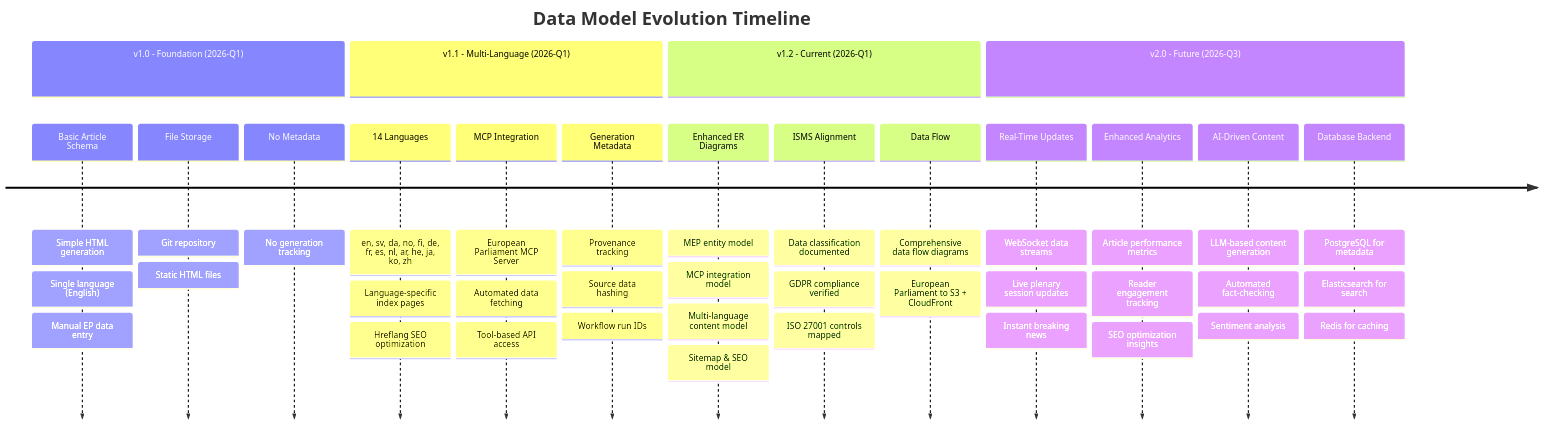
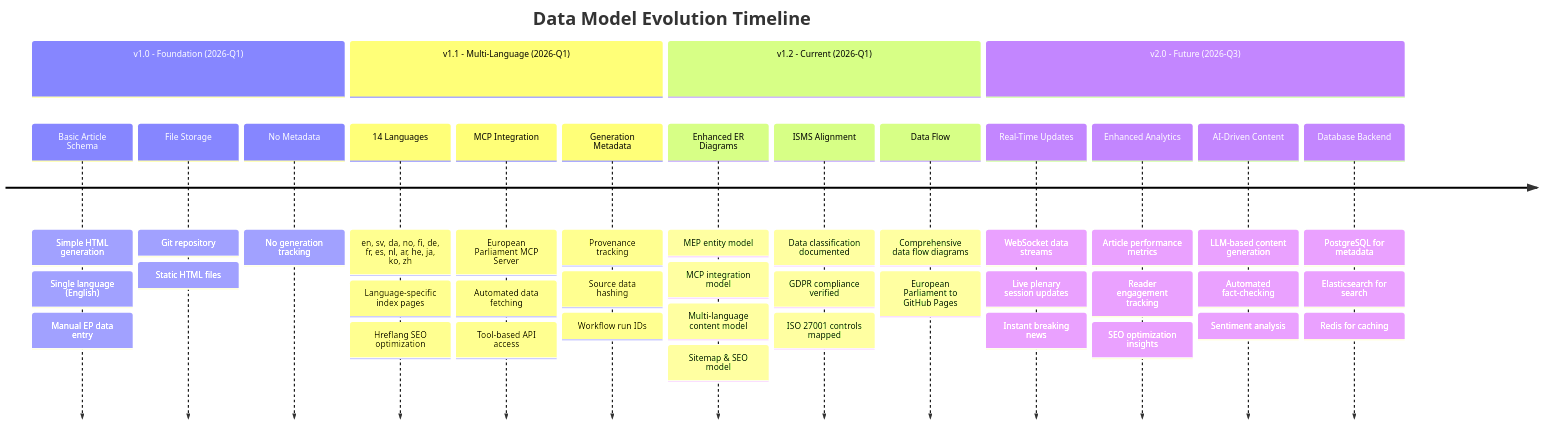
One commit to Hack23/euparliamentmonitor changed the ninth of 9 diagrams in DATA_MODEL.md. Above: the diagram before and after it, drawn with Mermaid. The commit also changed other lines of this file, not shown here.

````diff
--- a/DATA_MODEL.md
+++ b/DATA_MODEL.md
@@ -1243,47 +1225,47 @@
 ```mermaid
 timeline
     title Data Model Evolution Timeline
     section v1.0 - Foundation (2026-Q1)
       Basic Article Schema : Simple HTML generation
                             : Single language (English)
                             : Manual EP data entry
       File Storage : Git repository
                    : Static HTML files
       No Metadata : No generation tracking
 
     section v1.1 - Multi-Language (2026-Q1)
       14 Languages : en, sv, da, no, fi, de, fr, es, nl, ar, he, ja, ko, zh
                    : Language-specific index pages
                    : Hreflang SEO optimization
       MCP Integration : European Parliament MCP Server
                       : Automated data fetching
                       : Tool-based API access
       Generation Metadata : Provenance tracking
                           : Source data hashing
                           : Workflow run IDs
 
     section v1.2 - Current (2026-Q1)
       Enhanced ER Diagrams : MEP entity model
                            : MCP integration model
                            : Multi-language content model
                            : Sitemap & SEO model
       ISMS Alignment : Data classification documented
                      : GDPR compliance verified
                      : ISO 27001 controls mapped
       Data Flow : Comprehensive data flow diagrams
-                : European Parliament to S3 + CloudFront
+                : European Parliament to GitHub Pages
 
     section v2.0 - Future (2026-Q3)
       Real-Time Updates : WebSocket data streams
                         : Live plenary session updates
                         : Instant breaking news
       Enhanced Analytics : Article performance metrics
                          : Reader engagement tracking
                          : SEO optimization insights
       AI-Driven Content : LLM-based content generation
                         : Automated fact-checking
                         : Sentiment analysis
       Database Backend : PostgreSQL for metadata
                        : Elasticsearch for search
                        : Redis for caching
 ```
````
